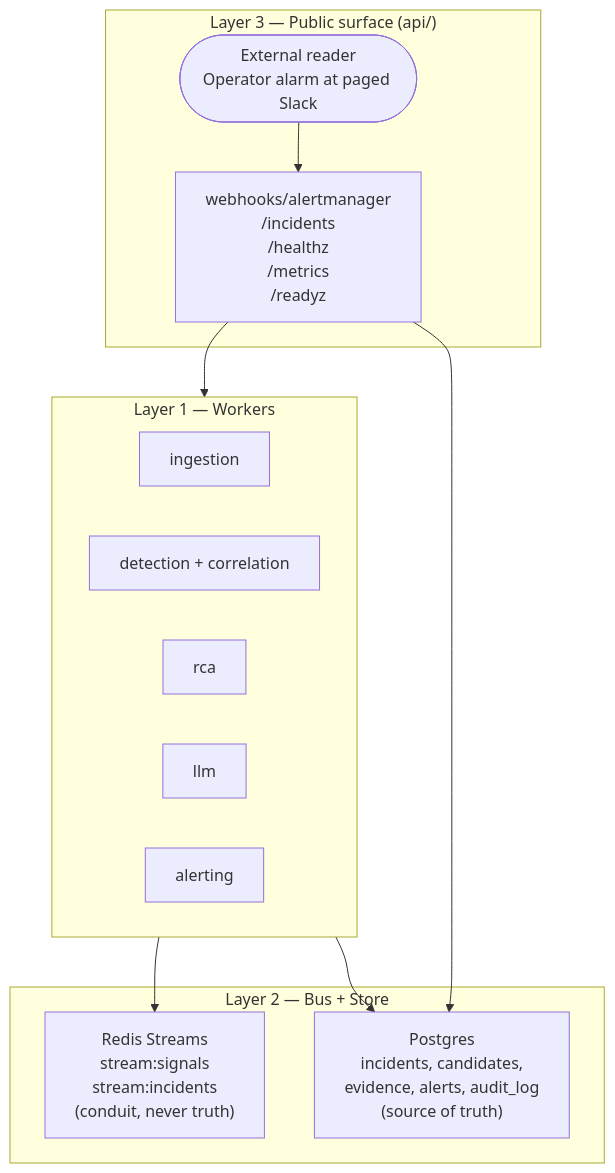
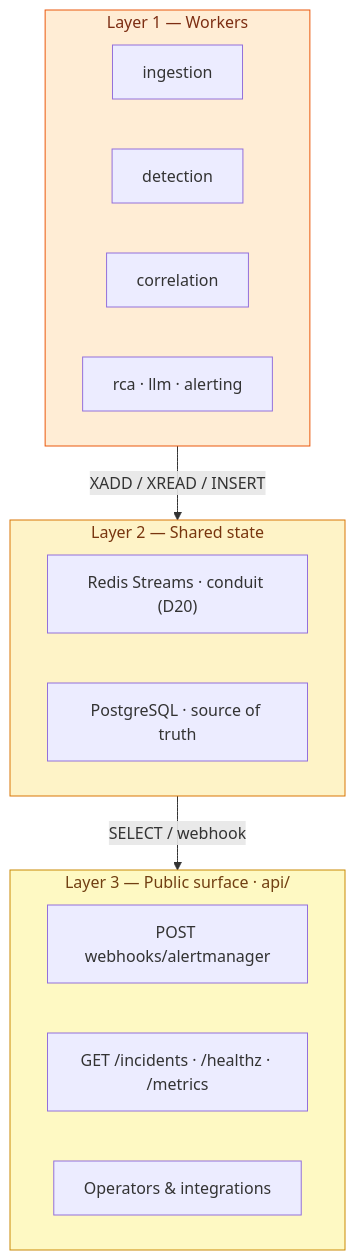
One commit to rifatbond007/inframind-core changed the sixth of 10 diagrams in docs/ARCHITECTURE.md. Above: the diagram before and after it, drawn with Mermaid. The commit also changed other lines of this file and 56 other files, not shown here.

````diff
--- a/docs/ARCHITECTURE.md
+++ b/docs/ARCHITECTURE.md
@@ -295,24 +300,30 @@
 ```mermaid
 flowchart TB
-    subgraph L3["Layer 3 — Public surface (api/)"]
-        EXT(["External reader<br/>Operator alarm at paged Slack"])
-        HTTP["webhooks/alertmanager<br/>/incidents<br/>/healthz<br/>/metrics<br/>/readyz"]
-    end
-    subgraph L2["Layer 2 — Bus + Store"]
-        REDIS["Redis Streams<br/>stream:signals<br/>stream:incidents<br/>(conduit, never truth)"]
-        PG["Postgres<br/>incidents, candidates,<br/>evidence, alerts, audit_log<br/>(source of truth)"]
-    end
-    subgraph L1["Layer 1 — Workers"]
-        ING["ingestion"]
-        DC["detection + correlation"]
-        RCA["rca"]
-        LLM["llm"]
-        ALT["alerting"]
+    subgraph L3["Layer 3 — Public surface · api/"]
+        direction LR
+        EP1["POST webhooks/alertmanager"]
+        EP2["GET /incidents · /healthz · /metrics"]
+        EP3["Operators & integrations"]
     end
 
-    EXT --> HTTP
-    HTTP --> PG
-    L1 --> REDIS
-    L1 --> PG
-    HTTP --> L1
+    subgraph L2["Layer 2 — Shared state"]
+        direction LR
+        REDIS["Redis Streams · conduit (D20)"]
+        PG2["PostgreSQL · source of truth"]
+    end
+
+    subgraph L1["Layer 1 — Workers"]
+        direction LR
+        W_ING["ingestion"]
+        W_DET["detection"]
+        W_COR["correlation"]
+        W_RCA["rca · llm · alerting"]
+    end
+
+    L1 -->|"XADD / XREAD / INSERT"| L2
+    L2 -->|"SELECT / webhook"| L3
+
+    style L1 fill:#ffedd5,stroke:#ea580c,color:#7c2d12
+    style L2 fill:#fef3c7,stroke:#d97706,color:#78350f
+    style L3 fill:#fef9c3,stroke:#ca8a04,color:#713f12
 ```
````
